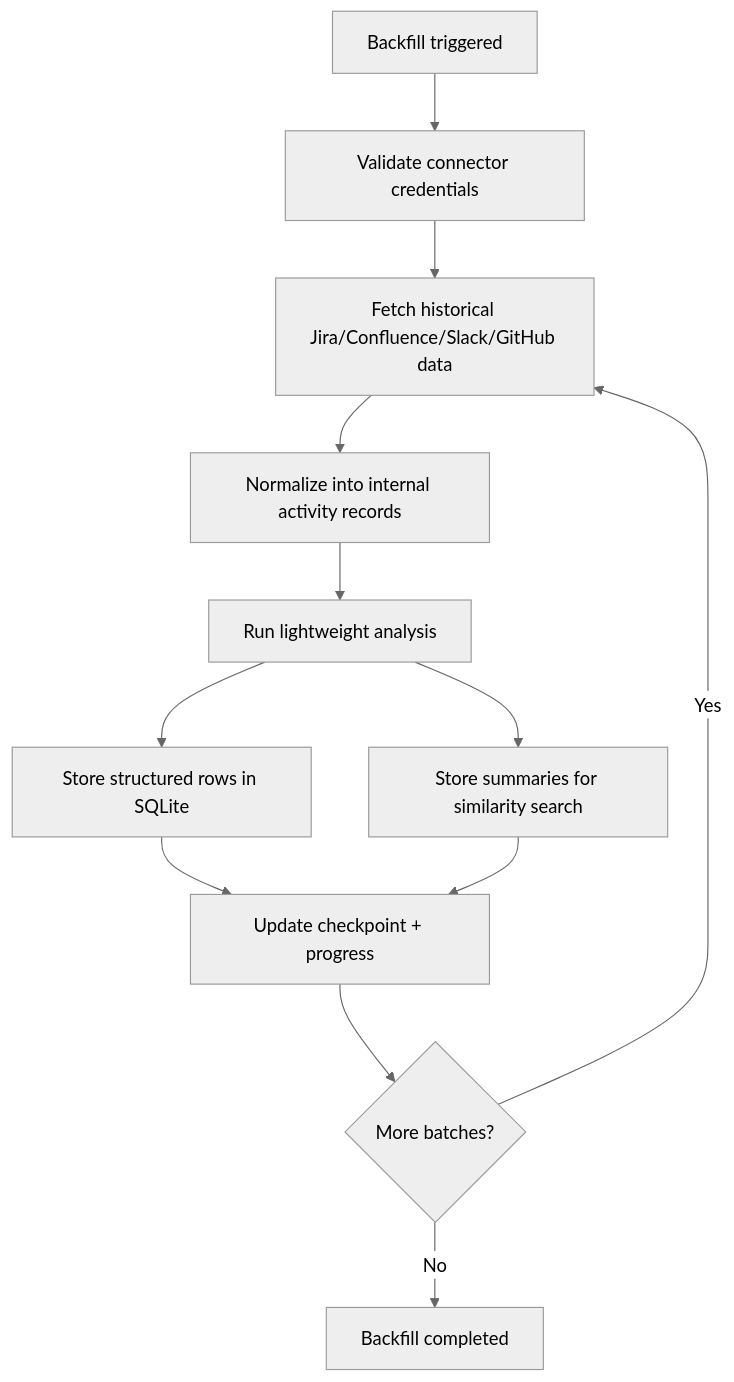
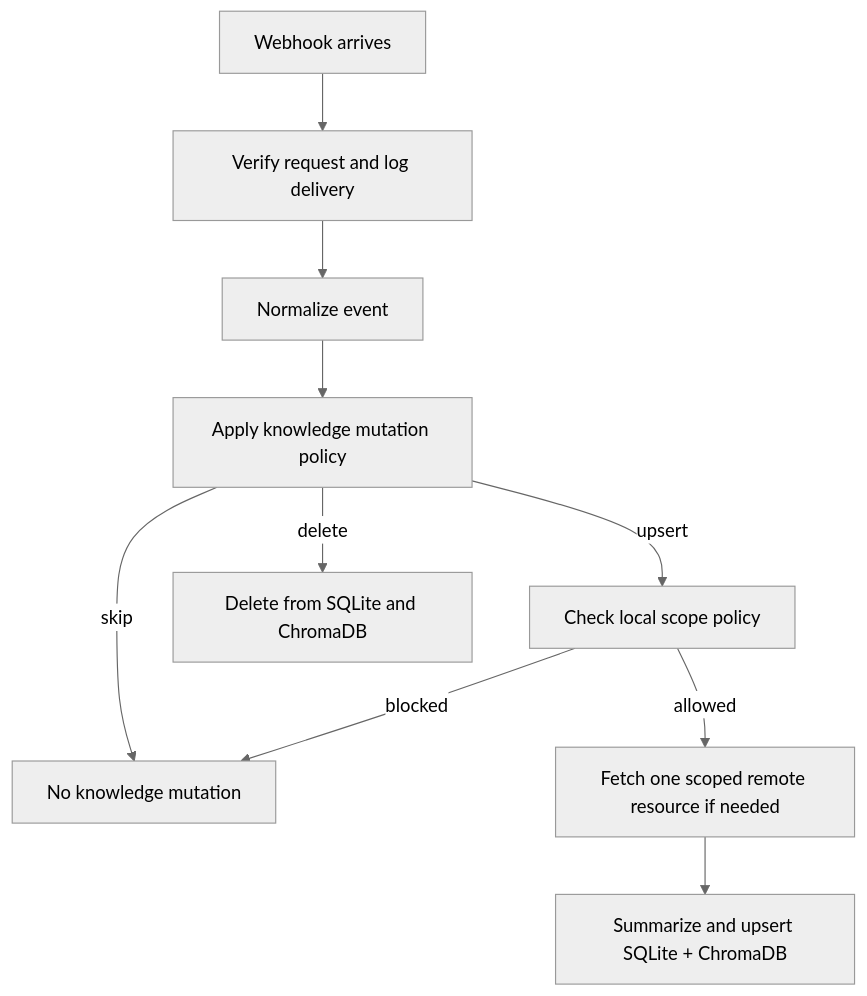
One commit to maruldy/aw01 changed the diagram in docs/knowledge_backfill.md. Above: the diagram before and after it, drawn with Mermaid (neutral theme). The commit also changed other lines of this file and 18 other files, not shown here.

Commit message:
feat: move knowledge sync to webhook lifecycle events

````diff
--- a/docs/knowledge_backfill.md
+++ b/docs/knowledge_backfill.md
@@ -43,14 +28,12 @@
 ```mermaid
 flowchart TD
-    A["Backfill triggered"] --> B["Validate connector credentials"]
-    B --> C["Fetch historical Jira/Confluence/Slack/GitHub data"]
-    C --> D["Normalize into internal activity records"]
-    D --> E["Run lightweight analysis"]
-    E --> F["Store structured rows in SQLite"]
-    E --> G["Store summaries for similarity search"]
-    F --> H["Update checkpoint + progress"]
-    G --> H
-    H --> I{"More batches?"}
-    I -->|Yes| C
-    I -->|No| J["Backfill completed"]
+    A["Webhook arrives"] --> B["Verify request and log delivery"]
+    B --> C["Normalize event"]
+    C --> D["Apply knowledge mutation policy"]
+    D -->|skip| E["No knowledge mutation"]
+    D -->|upsert| F["Check local scope policy"]
+    D -->|delete| G["Delete from SQLite and ChromaDB"]
+    F -->|blocked| E
+    F -->|allowed| H["Fetch one scoped remote resource if needed"]
+    H --> I["Summarize and upsert SQLite + ChromaDB"]
 ```
````
